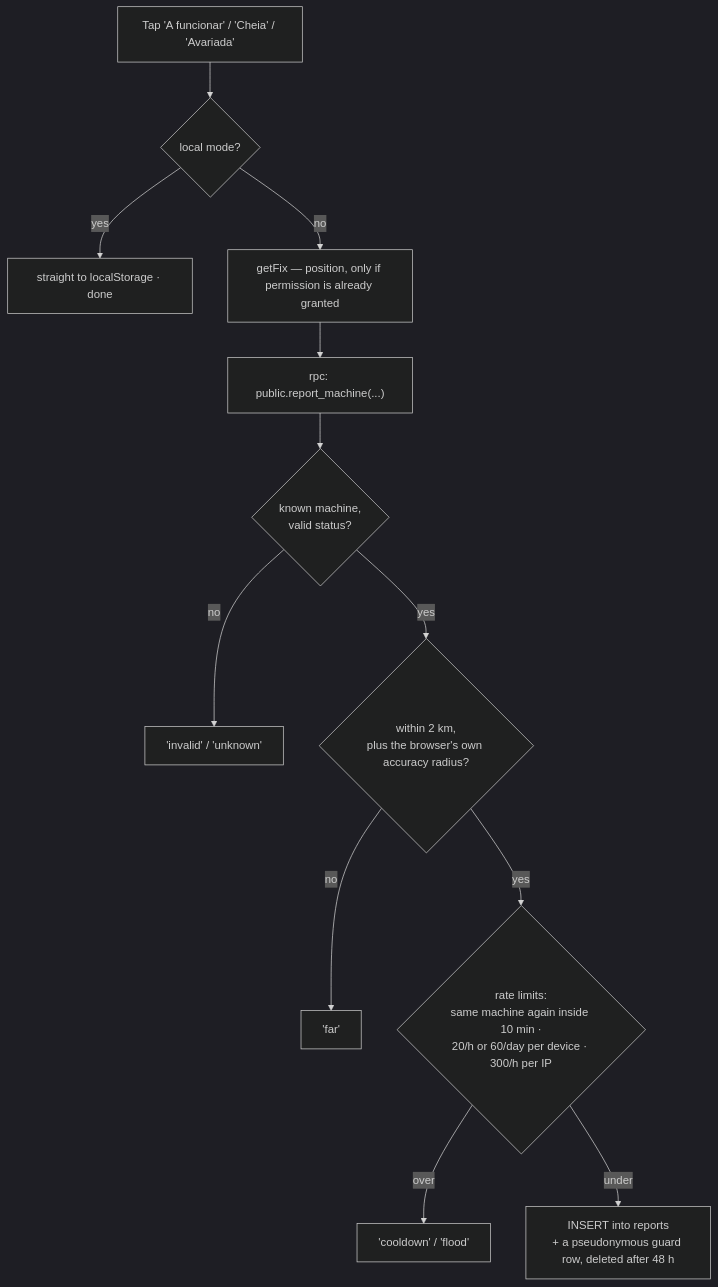
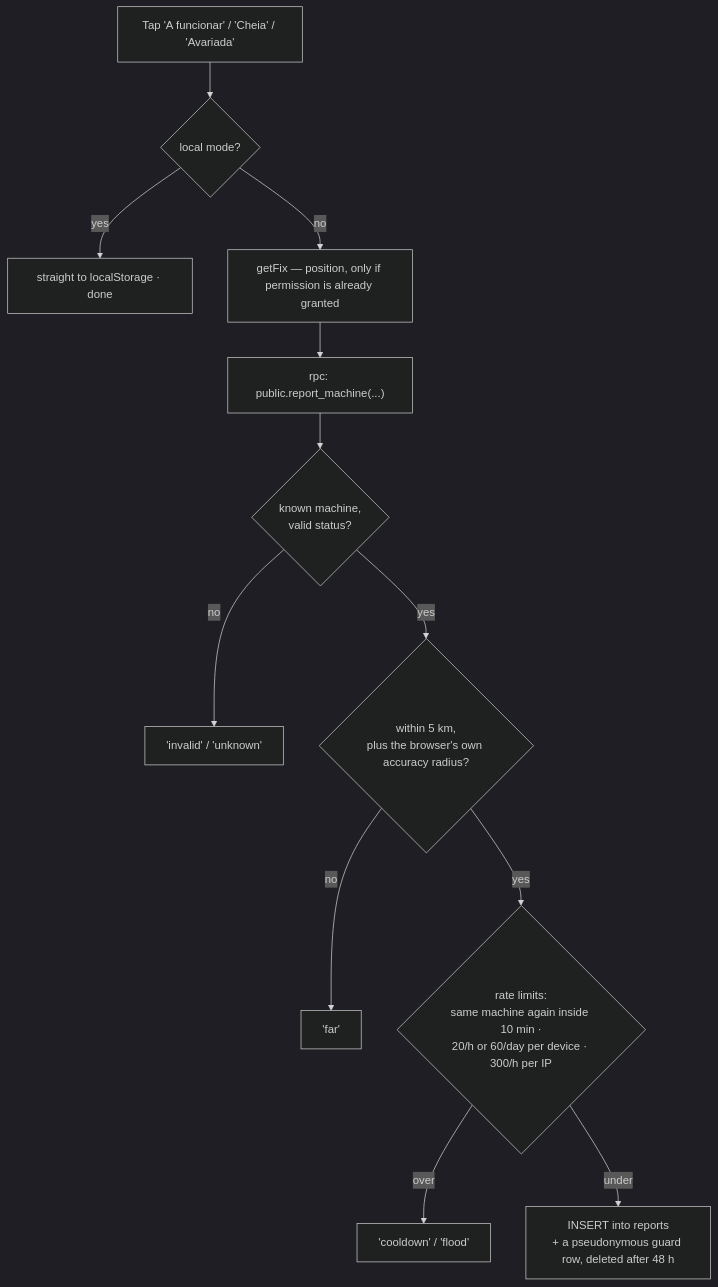
The fifth of 7 diagrams in docs/diagrams.md (isabelhdias/voltacheck), drawn with Mermaid (dark theme) before and after one commit. The commit also changed 5 other files, not shown here.

````diff
--- a/docs/diagrams.md
+++ b/docs/diagrams.md
@@ -125,14 +125,14 @@
 ```mermaid
 flowchart TD
   tap["Tap 'A funcionar' / 'Cheia' / 'Avariada'"] --> mode{"local mode?"}
   mode -- yes --> ls["straight to localStorage · done"]
   mode -- no --> fix["getFix — position, only if permission is already granted"]
   fix --> rpc["rpc: public.report_machine(...)"]
   rpc --> valid{"known machine,<br/>valid status?"}
   valid -- no --> bad["'invalid' / 'unknown'"]
-  valid -- yes --> near{"within 2 km,<br/>plus the browser's own accuracy radius?"}
+  valid -- yes --> near{"within 5 km,<br/>plus the browser's own accuracy radius?"}
   near -- no --> far["'far'"]
   near -- yes --> rate{"rate limits:<br/>same machine again inside 10 min ·<br/>20/h or 60/day per device · 300/h per IP"}
   rate -- over --> stop["'cooldown' / 'flood'"]
   rate -- under --> ins["INSERT into reports<br/>+ a pseudonymous guard row, deleted after 48 h"]
 ```
````
